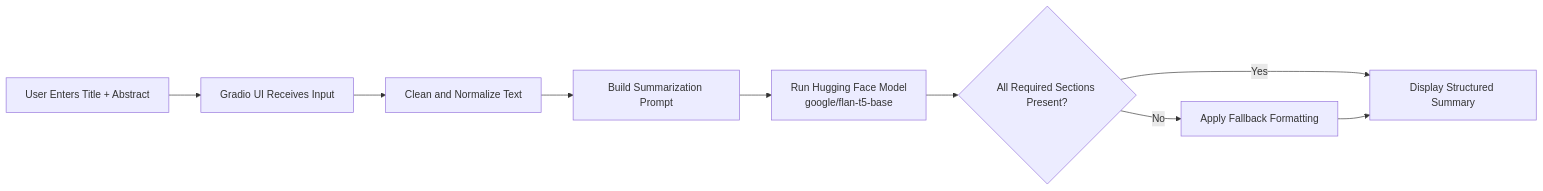
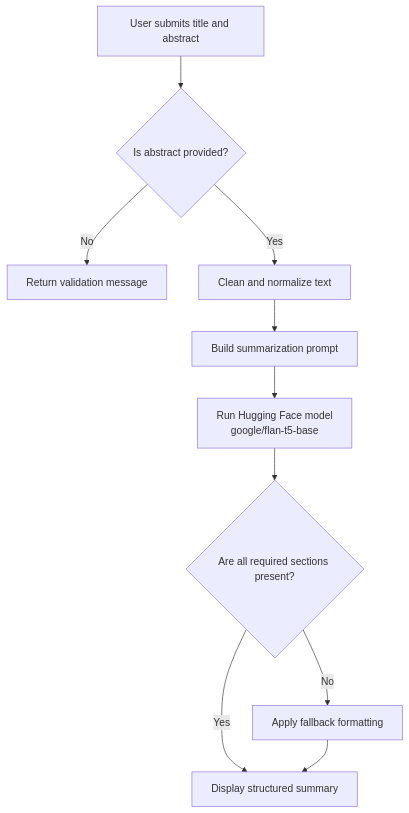
One commit to JobinJohn24/Scientific-Paper-Summarizer changed the diagram in README.md. Above: the diagram before and after it, drawn with Mermaid.

Commit message:
Convert README system design to decision tree

````diff
--- a/README.md
+++ b/README.md
@@ -75,11 +75,12 @@
 ```mermaid
-flowchart LR
-    A["User Enters Title + Abstract"] --> B["Gradio UI Receives Input"]
-    B --> C["Clean and Normalize Text"]
-    C --> D["Build Summarization Prompt"]
-    D --> E["Run Hugging Face Model<br/>google/flan-t5-base"]
-    E --> F{"All Required Sections Present?"}
-    F -- Yes --> G["Display Structured Summary"]
-    F -- No --> H["Apply Fallback Formatting"]
-    H --> G
+flowchart TD
+    A["User submits title and abstract"] --> B{"Is abstract provided?"}
+    B -- No --> C["Return validation message"]
+    B -- Yes --> D["Clean and normalize text"]
+    D --> E["Build summarization prompt"]
+    E --> F["Run Hugging Face model<br/>google/flan-t5-base"]
+    F --> G{"Are all required sections present?"}
+    G -- Yes --> H["Display structured summary"]
+    G -- No --> I["Apply fallback formatting"]
+    I --> H
 ```
````
